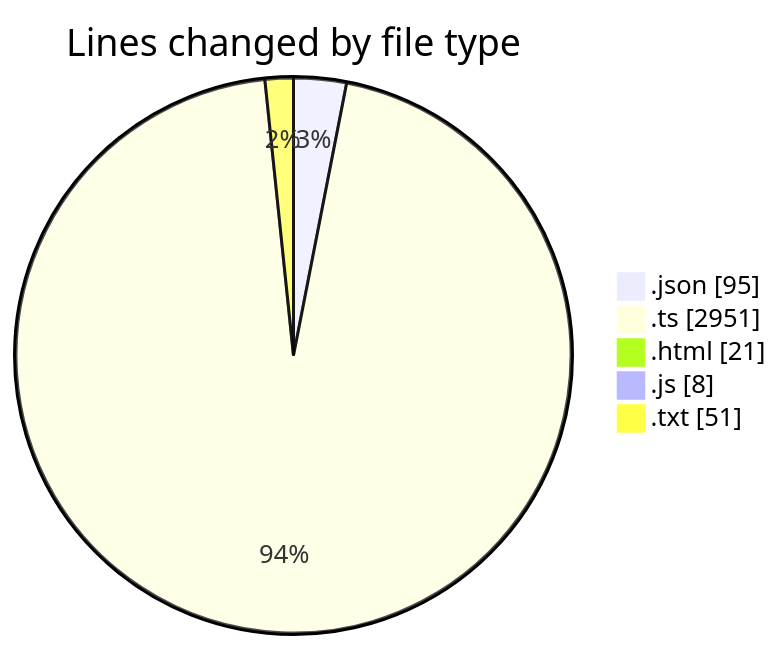
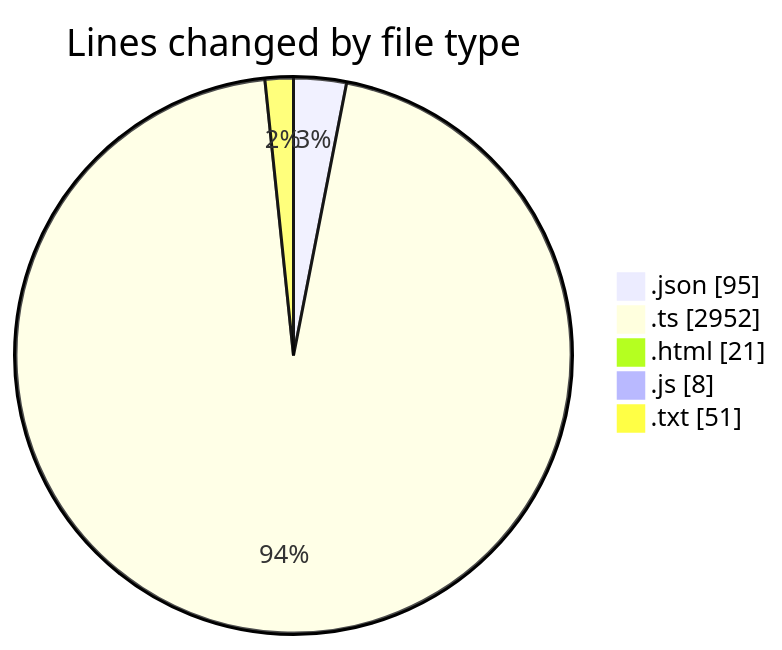
Before and after one commit to tmsrecording-cyber/code-tracking: the first of 2 diagrams in 2026-02-02/singularitybrainai/README.md, drawn with Mermaid. The commit also changed other lines of this file and 1 other file, not shown here.

````diff
--- a/2026-02-02/singularitybrainai/README.md
+++ b/2026-02-02/singularitybrainai/README.md
@@ -29,9 +29,9 @@
 ```mermaid
 pie showData
 title Lines changed by file type
 ".json" : 95
-".ts" : 2951
+".ts" : 2952
 ".html" : 21
 ".js" : 8
 ".txt" : 51
 ```
````
